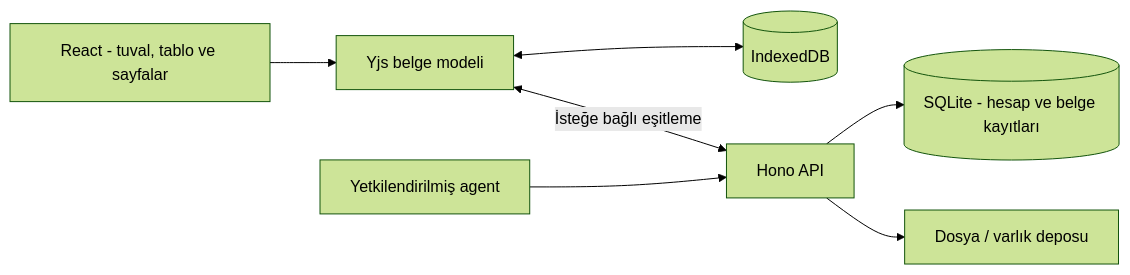
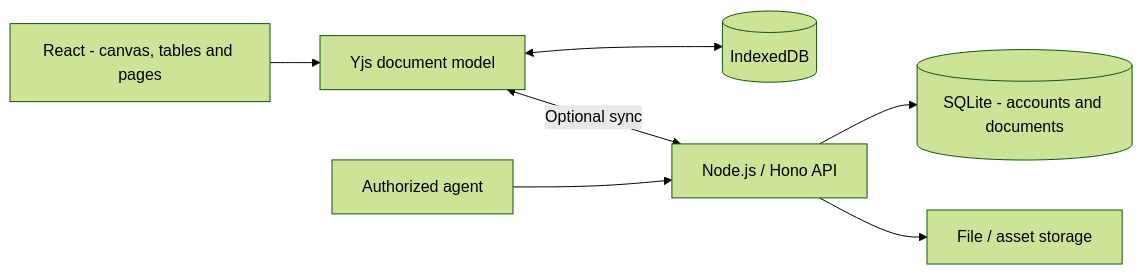
One commit to fatihdogann/gridpen-showcase changed the diagram in README.md. Above: the diagram before and after it, drawn with Mermaid (forest theme). The commit also changed other lines of this file and 1 other file, not shown here.

````diff
--- a/README.md
+++ b/README.md
@@ -49,9 +51,9 @@
 ```mermaid
 flowchart LR
-    UI[React - tuval, tablo ve sayfalar] --> Doc[Yjs belge modeli]
+    UI[React - canvas, tables and pages] --> Doc[Yjs document model]
     Doc <--> Local[(IndexedDB)]
-    Doc <-->|İsteğe bağlı eşitleme| API[Hono API]
-    API --> DB[(SQLite - hesap ve belge kayıtları)]
-    API --> Assets[Dosya / varlık deposu]
-    Agent[Yetkilendirilmiş agent] --> API
+    Doc <-->|Optional sync| API[Node.js / Hono API]
+    API --> DB[(SQLite - accounts and documents)]
+    API --> Assets[File / asset storage]
+    Agent[Authorized agent] --> API
 ```
````
